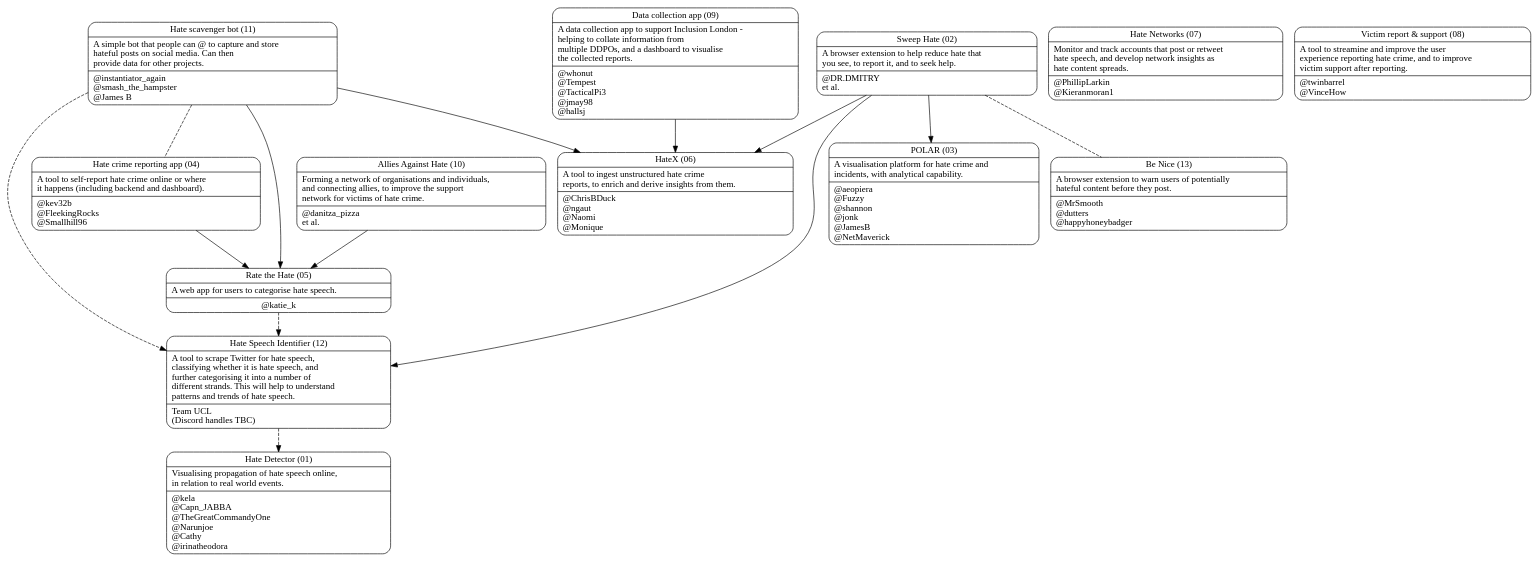
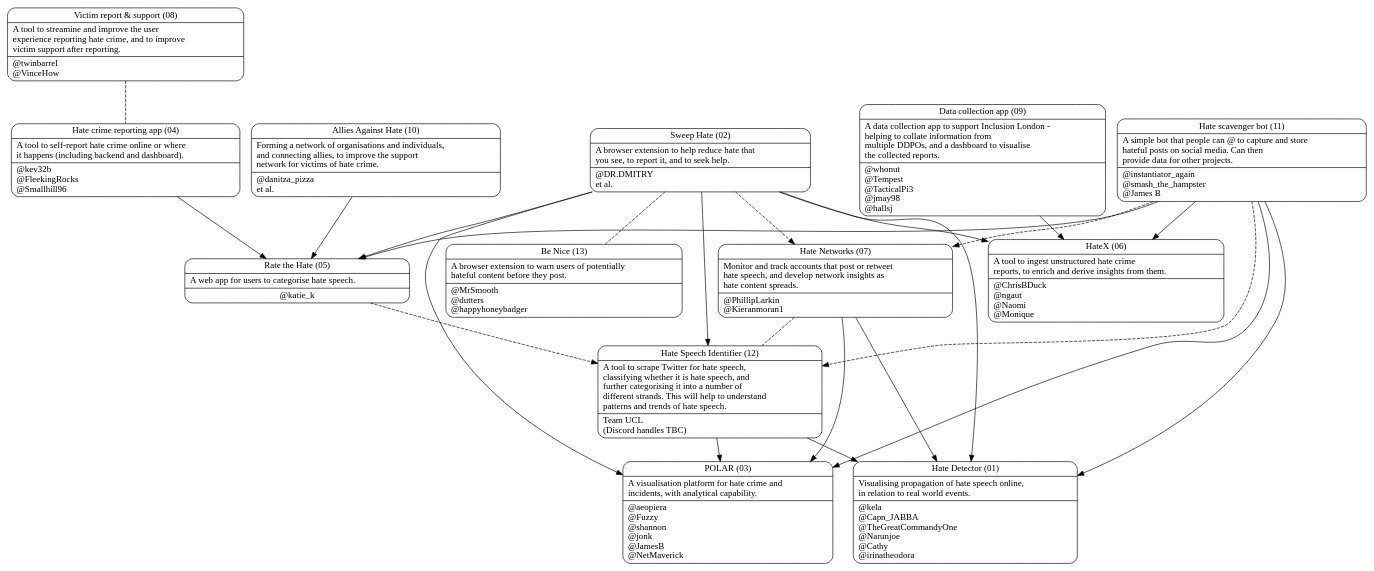
Before and after one commit to PoliceRewired/hack-hate-util: the diagram in project-graph/hack-hate-2020-projects.dot, drawn with Graphviz. The commit also changed 1 other file, not shown here.

```diff
--- a/project-graph/hack-hate-2020-projects.dot
+++ b/project-graph/hack-hate-2020-projects.dot
@@ -1,30 +1,39 @@
 digraph "Hack Hate 2020" {
     p1 [label="{<f0> Hate Detector (01)           |<f1> Visualising propagation of hate speech online, \lin relation to real world events.\l|<f2> @kela\l@Capn_JABBA\l@TheGreatCommandyOne\l@Narunjoe\l@Cathy\l@irinatheodora\l}" shape=Mrecord];
     p2 [label="{<f0> Sweep Hate (02)              |<f1> A browser extension to help reduce hate that \lyou see, to report it, and to seek help.\l|<f2> @DR.DMITRY\let al.\l}" shape=Mrecord];
     p3 [label="{<f0> POLAR (03)                   |<f1> A visualisation platform for hate crime and \lincidents, with analytical capability.\l|<f2> @aeopiera\l@Fuzzy\l@shannon\l@jonk\l@JamesB\l@NetMaverick\l}" shape=Mrecord];
     p4 [label="{<f0> Hate crime reporting app (04)|<f1> A tool to self-report hate crime online or where \lit happens (including backend and dashboard).\l|<f2> @kev32b\l@FleekingRocks\l@Smallhill96\l}" shape=Mrecord];
     p5 [label="{<f0> Rate the Hate (05)           |<f1> A web app for users to categorise hate speech.\l|<f2> @katie_k}" shape=Mrecord];
     p6 [label="{<f0> HateX (06)                   |<f1> A tool to ingest unstructured hate crime \lreports, to enrich and derive insights from them.\l|<f2> @ChrisBDuck\l@ngaut\l@Naomi\l@Monique\l}" shape=Mrecord];
     p7 [label="{<f0> Hate Networks (07)           |<f1> Monitor and track accounts that post or retweet \lhate speech, and develop network insights as \lhate content spreads.\l|<f2> @PhillipLarkin\l@Kieranmoran1\l}" shape=Mrecord];
     p8 [label="{<f0> Victim report & support (08) |<f1> A tool to streamine and improve the user \lexperience reporting hate crime, and to improve \lvictim support after reporting.\l|<f2> @twinbarrel\l@VinceHow\l}" shape=Mrecord];
     p9 [label="{<f0> Data collection app (09)     |<f1> A data collection app to support Inclusion London - \lhelping to collate information from \lmultiple DDPOs, and a dashboard to visualise \lthe collected reports.\l|<f2> @whonut\l@Tempest\l@TacticalPi3\l@jmay98\l@hallsj\l}" shape=Mrecord];
     p10 [label="{<f0> Allies Against Hate (10)    |<f1> Forming a network of organisations and individuals,\land connecting allies, to improve the support \lnetwork for victims of hate crime.\l|<f2> @danitza_pizza\let al.\l}" shape=Mrecord];
     p11 [label="{<f0> Hate scavenger bot (11)     |<f1> A simple bot that people can @ to capture and store\lhateful posts on social media. Can then \lprovide data for other projects.\l|<f2> @instantiator_again\l@smash_the_hampster\l@James B\l}" shape=Mrecord];
     p12 [label="{<f0> Hate Speech Identifier (12) |<f1> A tool to scrape Twitter for hate speech, \lclassifying whether it is hate speech, and \lfurther categorising it into a number of \ldifferent strands. This will help to understand \lpatterns and trends of hate speech.\l|<f2> Team UCL\l(Discord handles TBC)\l}" shape=Mrecord];
     p14 [label="{<f0> Be Nice (13)                |<f1> A browser extension to warn users of potentially \lhateful content before they post.\l|<f2> @MrSmooth\l@dutters\l@happyhoneybadger\l}" shape=Mrecord];
 
     p11 -> p5;
     p10 -> p5;
-    p11 -> p4 [style=dashed, dir=none];
+    p11 -> p3;
     p2 -> p3;
+    p7 -> p3;
+    p12 -> p3;
     p2 -> p14 [dir=none, style=dashed];
     p2 -> p12;
     p11 -> p12 [style=dashed];
     p5 -> p12 [style=dashed];
-    p12 -> p1 [style=dashed];
+    p2 -> p7 [style=dashed];
+    p11 -> p7 [style=dashed];
+    p7 -> p1;
+    p11 -> p1;
+    p12 -> p1;
+    p2 -> p1;
     p4 -> p5;
     p9 -> p6;
     p11 -> p6;
     p2 -> p6;
-
+    p2 -> p5;
+    p7 -> p12 [dir=none, style=dashed];
+    p8 -> p4 [dir=none, style=dashed];
 }
```
